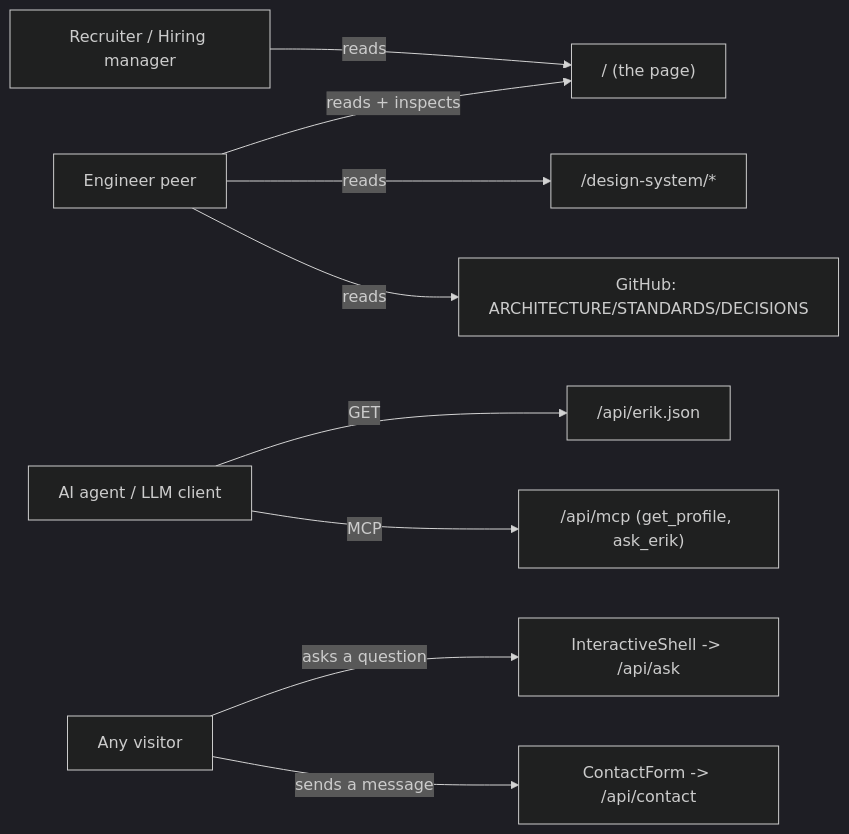
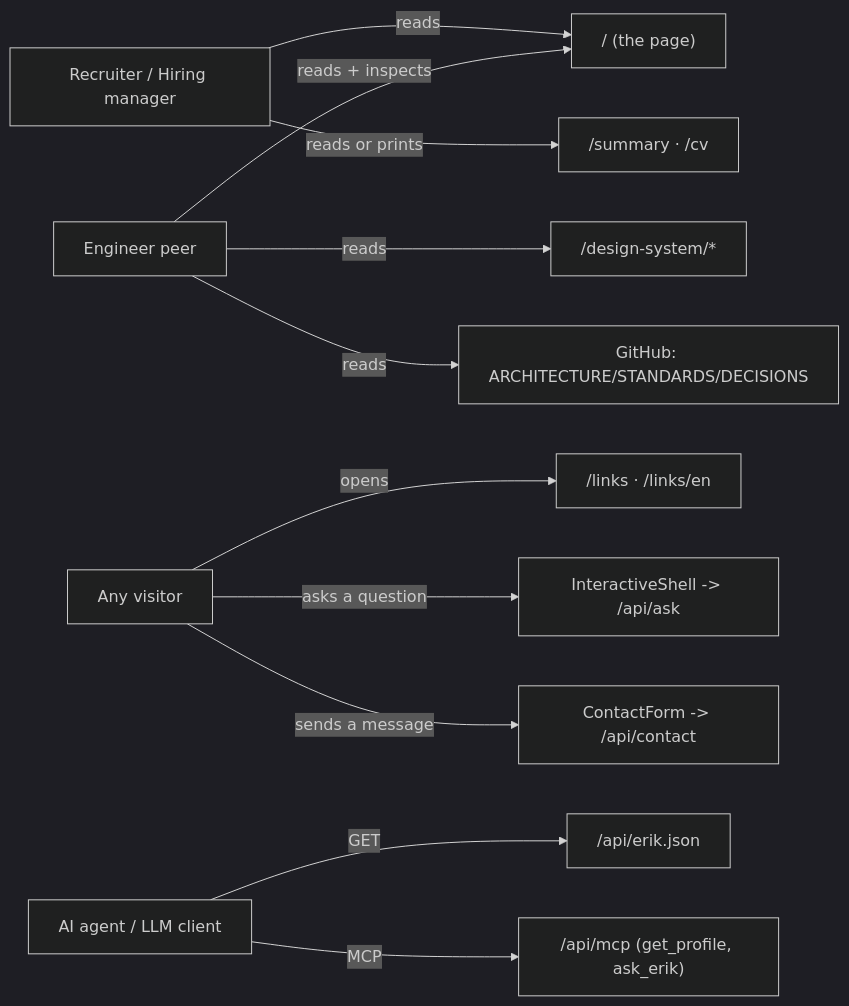
One commit to erikunha/portfolio changed the first of 2 diagrams in docs/02-domain.md. Above: the diagram before and after it, drawn with Mermaid (dark theme). The commit also changed other lines of this file and 1307 other files, not shown here.

````diff
--- a/docs/02-domain.md
+++ b/docs/02-domain.md
@@ -16,11 +15,13 @@
 ```mermaid
 flowchart LR
     rec["Recruiter / Hiring manager"] -->|reads| page["/ (the page)"]
     eng["Engineer peer"] -->|reads + inspects| page
+    rec -->|reads or prints| reading["/summary · /cv"]
+    visitor -->|opens| links["/links · /links/en"]
     eng -->|reads| ds["/design-system/*"]
     eng -->|reads| docs["GitHub: ARCHITECTURE/STANDARDS/DECISIONS"]
     agent["AI agent / LLM client"] -->|GET| erikjson["/api/erik.json"]
     agent -->|MCP| mcp["/api/mcp (get_profile, ask_erik)"]
     visitor["Any visitor"] -->|asks a question| shell["InteractiveShell -> /api/ask"]
     visitor -->|sends a message| contact["ContactForm -> /api/contact"]
 ```
````
